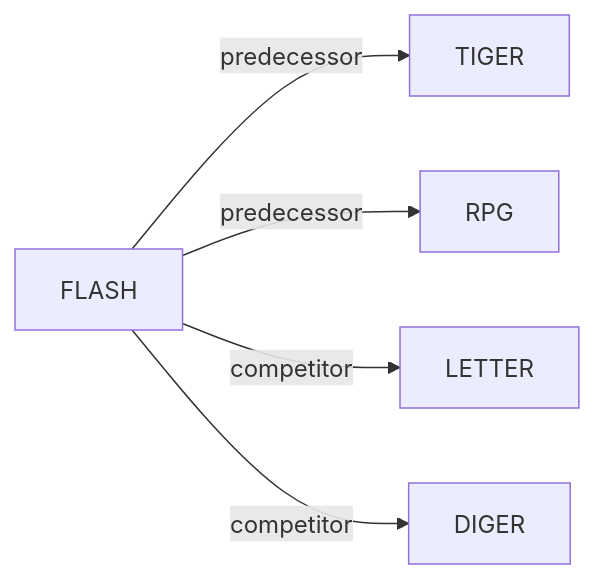
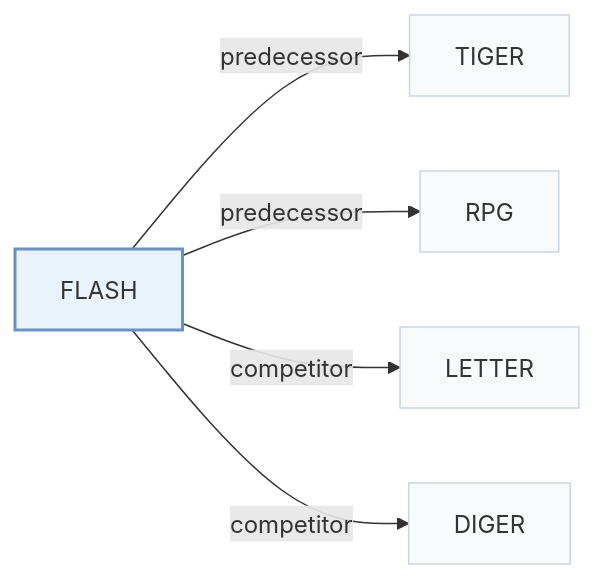
One commit to Galaxy-ghost/Awesome-SID-Generative-Rec changed the second of 2 diagrams in pages/papers/flash.md. Above: the diagram before and after it, drawn with Mermaid. The commit also changed other lines of this file and 649 other files, not shown here.

Commit message:
writer-05: also tags and modality index (schema, check, build, visuals); summary field removed; calibration data for 12 papers

````diff
--- a/pages/papers/flash.md
+++ b/pages/papers/flash.md
@@ -68,8 +74,12 @@
 ```mermaid
 flowchart LR
     P["FLASH"]
-    P -->|predecessor| A["TIGER"]
-    P -->|predecessor| B["RPG"]
-    P -->|competitor| C["LETTER"]
-    P -->|competitor| D["DIGER"]
+    P -->|"predecessor"| A["TIGER"]
+    P -->|"predecessor"| B["RPG"]
+    P -->|"competitor"| C["LETTER"]
+    P -->|"competitor"| D["DIGER"]
+    classDef main fill:#eaf2fb,stroke:#6b8fc7,stroke-width:2px
+    classDef peer fill:#f8fafc,stroke:#cbd5e1
+    class P main
+    class A,B,C,D peer
 ```
````
